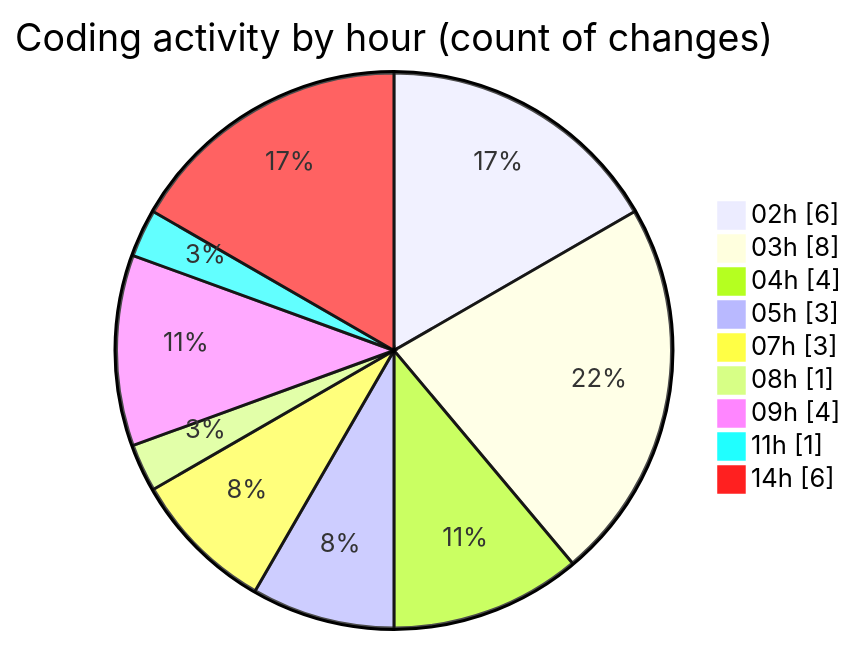
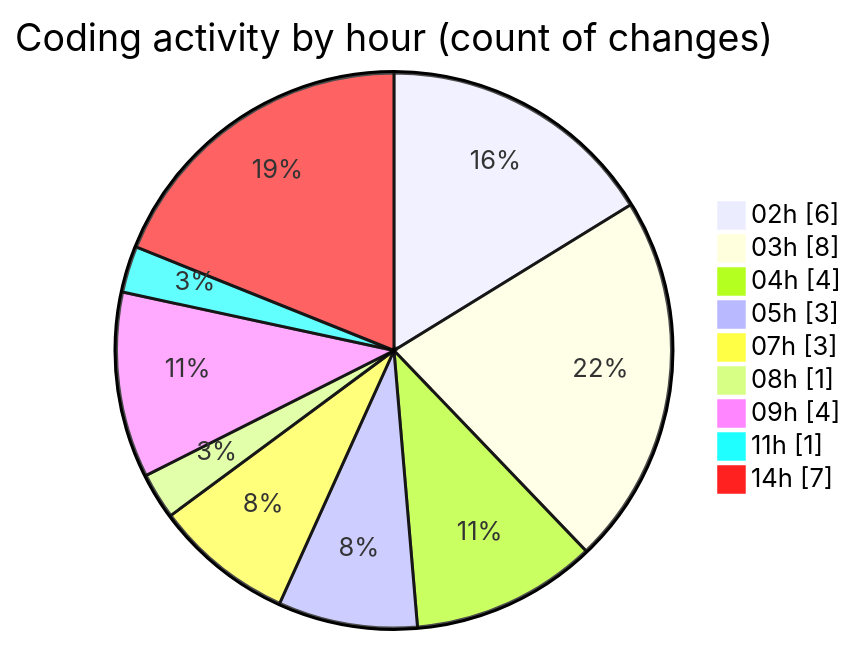
Before and after one commit to FelipKnott/code-tracking: the second of 2 diagrams in 2025-07-03/cursor/README.md, drawn with Mermaid. The commit also changed other lines of this file and 1 other file, not shown here.

````diff
--- a/2025-07-03/cursor/README.md
+++ b/2025-07-03/cursor/README.md
@@ -35,13 +35,13 @@
 ```mermaid
 pie showData
 title Coding activity by hour (count of changes)
 "02h" : 6
 "03h" : 8
 "04h" : 4
 "05h" : 3
 "07h" : 3
 "08h" : 1
 "09h" : 4
 "11h" : 1
-"14h" : 6
+"14h" : 7
 ```
````
